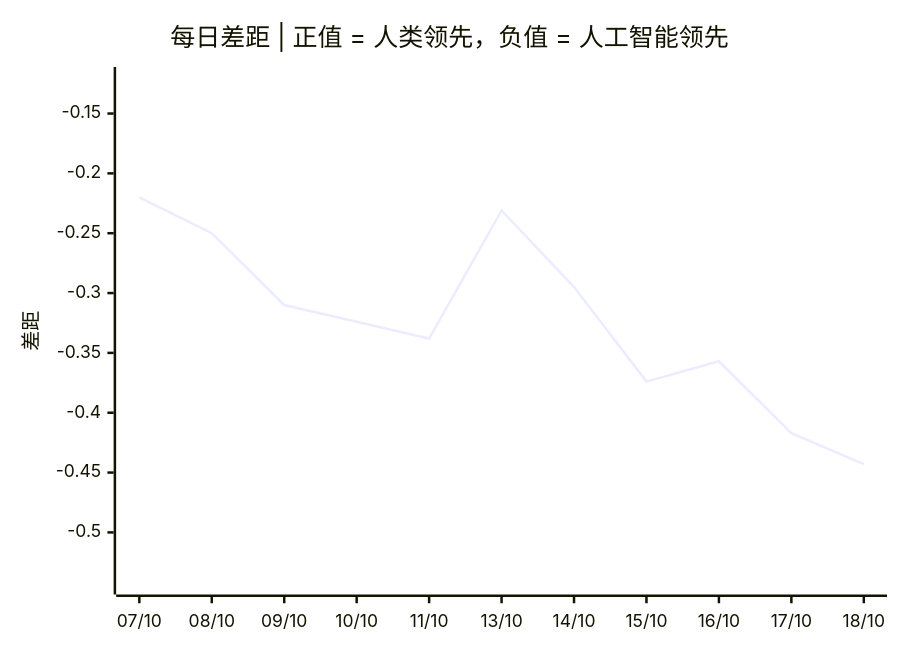
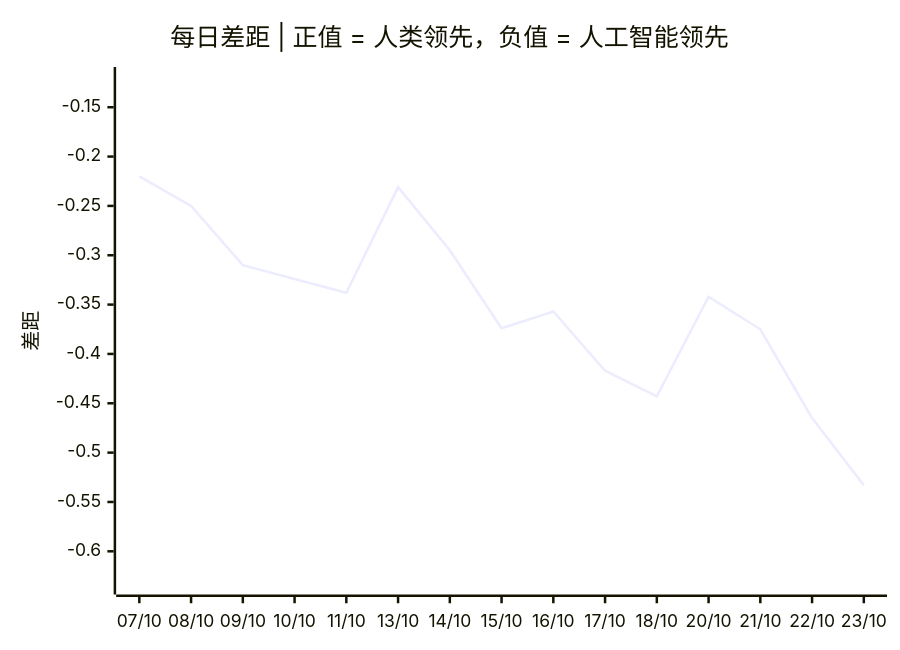
The third of 3 diagrams in README.zh.md (VQQLK/Human-AI-Monitor), drawn with Mermaid before and after one commit. The commit also changed other lines of this file and 5 other files, not shown here.

````diff
--- a/README.zh.md
+++ b/README.zh.md
@@ -56,7 +56,7 @@
 ```mermaid
 xychart-beta
     title "每日差距 | 正值 = 人类领先，负值 = 人工智能领先"
-    x-axis ["07/10", "08/10", "09/10", "10/10", "11/10", "13/10", "14/10", "15/10", "16/10", "17/10", "18/10"]
-    y-axis "差距" -0.543 --> -0.120
-    line [-0.220, -0.250, -0.310, -0.324, -0.338, -0.231, -0.295, -0.374, -0.357, -0.417, -0.443]
+    x-axis ["07/10", "08/10", "09/10", "10/10", "11/10", "13/10", "14/10", "15/10", "16/10", "17/10", "18/10", "20/10", "21/10", "22/10", "23/10"]
+    y-axis "差距" -0.633 --> -0.120
+    line [-0.220, -0.250, -0.310, -0.324, -0.338, -0.231, -0.295, -0.374, -0.357, -0.417, -0.443, -0.342, -0.375, -0.465, -0.533]
 ```
````
